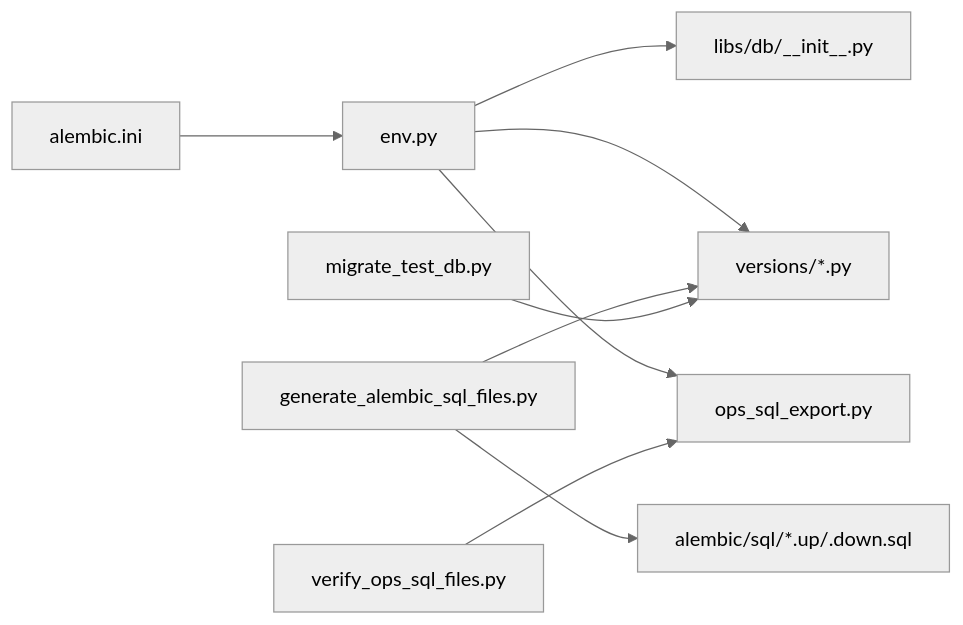
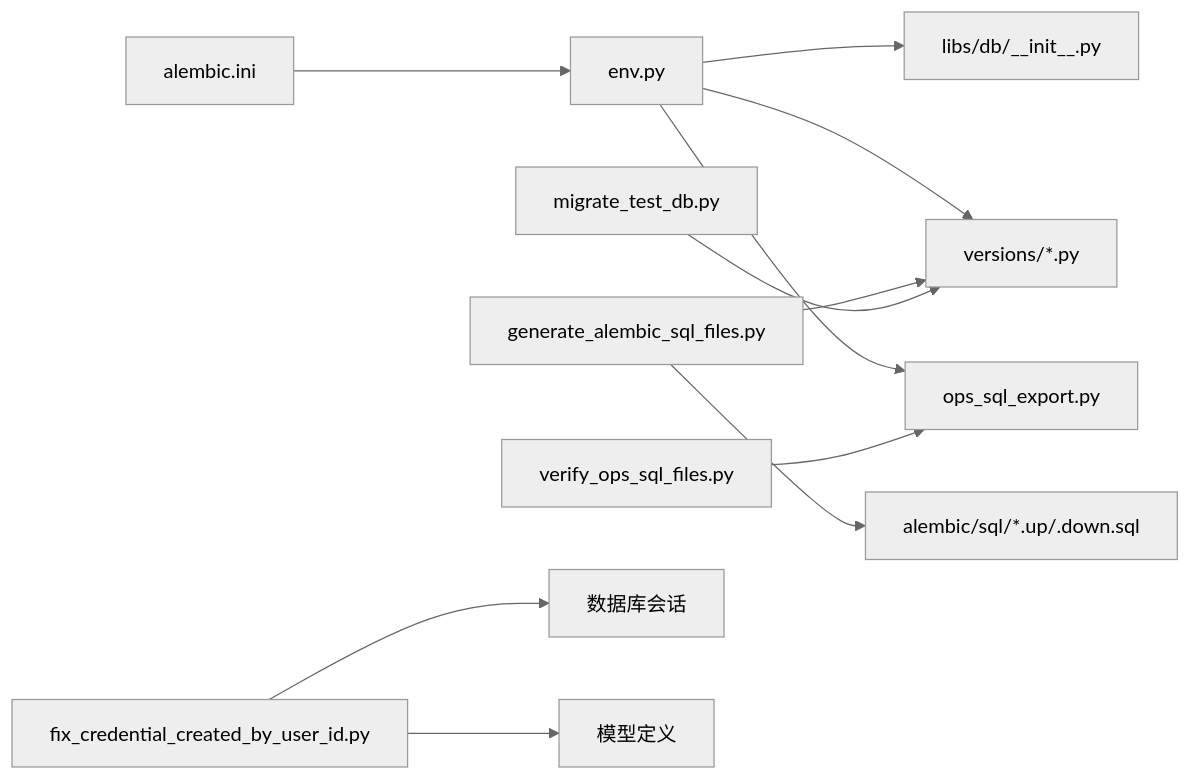
The fourth of 4 diagrams in .qoder/repowiki/zh/content/数据库设计/迁移管理.md (tianyehedashu/ai-agent), drawn with Mermaid (neutral theme) before and after one commit. The commit also changed other lines of this file and 50 other files, not shown here.

````diff
--- a/.qoder/repowiki/zh/content/数据库设计/迁移管理.md
+++ b/.qoder/repowiki/zh/content/数据库设计/迁移管理.md
@@ -323,11 +379,13 @@
 ```mermaid
 graph LR
 Ini["alembic.ini"] --> Env["env.py"]
 Env --> Meta["libs/db/__init__.py"]
 Env --> Versions["versions/*.py"]
 Env --> Ops["ops_sql_export.py"]
 Gen["generate_alembic_sql_files.py"] --> Versions
 Gen --> Sql["alembic/sql/*.up/.down.sql"]
 Verify["verify_ops_sql_files.py"] --> Ops
 MigTest["migrate_test_db.py"] --> Versions
+ManualFix["fix_credential_created_by_user_id.py"] --> DB["数据库会话"]
+ManualFix --> Models["模型定义"]
 ```
````
